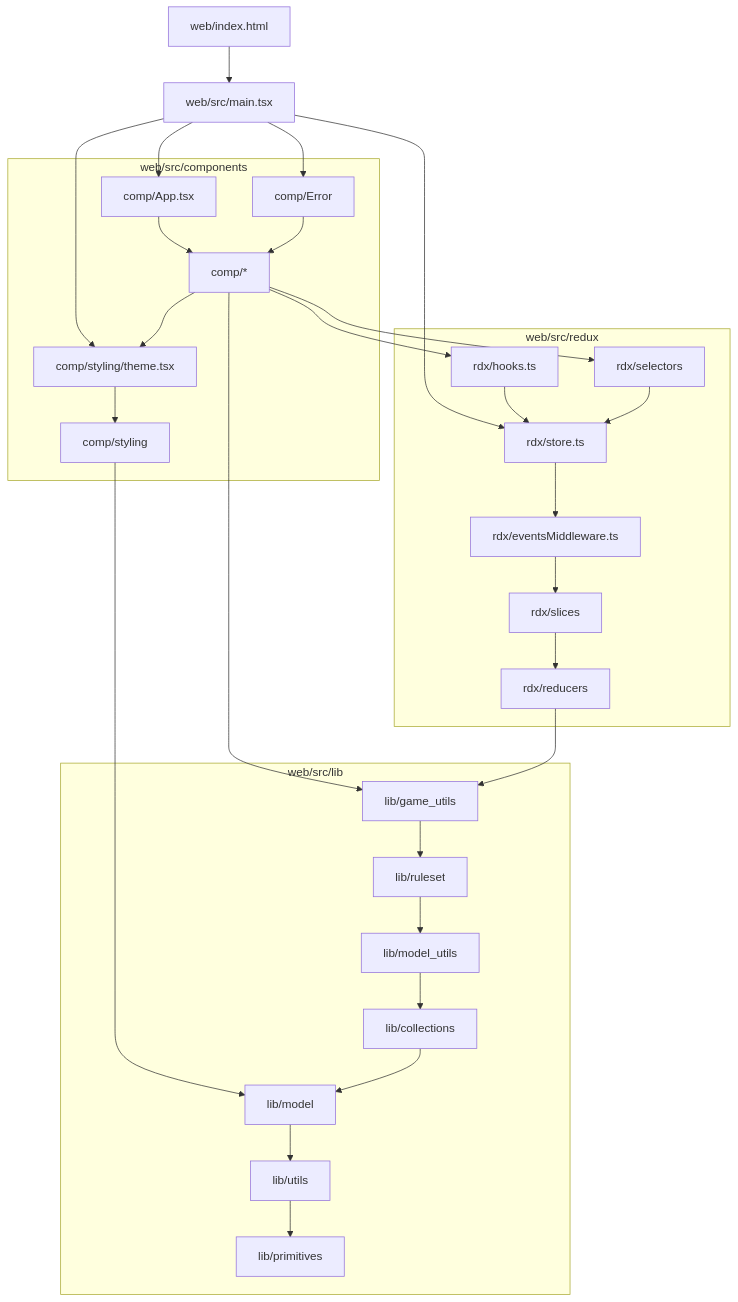
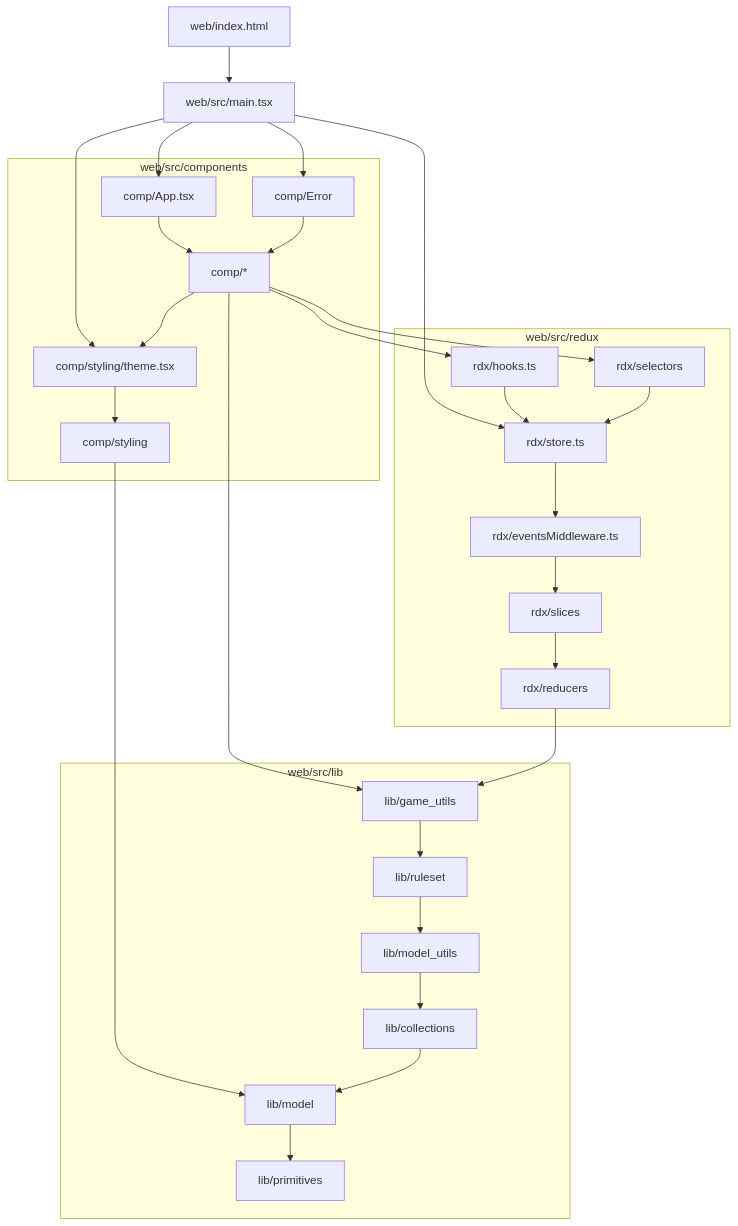
Before and after one commit to konrad-jamrozik/game-ts: the first of 3 diagrams in docs/design/about_code_dependencies.md, drawn with Mermaid. The commit also changed other lines of this file and 60 other files, not shown here.

````diff
--- a/docs/design/about_code_dependencies.md
+++ b/docs/design/about_code_dependencies.md
@@ -39,56 +47,54 @@
 ```mermaid
 graph TD
     IndexH[web/index.html] --> MainTs[web/src/main.tsx]
 
     subgraph "web/src/components"
         CompApp[comp/App.tsx]
         CompTheme[comp/styling/theme.tsx]
         CompErr[comp/Error]
         Comp__[comp/*]
         CompSt[comp/styling]
     end
 
     subgraph "web/src/redux"
         RdxHook[rdx/hooks.ts]
         RdxStore[rdx/store.ts]
         RdxSel[rdx/selectors]
         RdxMid[rdx/eventsMiddleware.ts]
         RdxSli[rdx/slices]
         RdxRed[rdx/reducers]
     end
 
     subgraph "web/src/lib"
         LibGam[lib/game_utils]
         LibRul[lib/ruleset]
         LibMUt[lib/model_utils]
         LibCol[lib/collections]
         LibMod[lib/model]
-        LibUti[lib/utils]
         LibPri[lib/primitives]
     end
 
     MainTs --> CompApp
     MainTs --> CompTheme
     MainTs --> CompErr
     MainTs --> RdxStore
     CompTheme --> CompSt
     CompApp --> Comp__
     CompErr --> Comp__
     Comp__ --> RdxHook
     Comp__ --> RdxSel
     Comp__ --> CompTheme
     Comp__ --> LibGam
     CompSt --> LibMod
     RdxStore --> RdxMid
     RdxMid --> RdxSli
     RdxSli --> RdxRed
     RdxRed --> LibGam
     RdxHook --> RdxStore
     RdxSel --> RdxStore
     LibGam --> LibRul
     LibRul --> LibMUt
     LibMUt --> LibCol
     LibCol --> LibMod
-    LibMod --> LibUti
-    LibUti --> LibPri
+    LibMod --> LibPri
 ```
````
